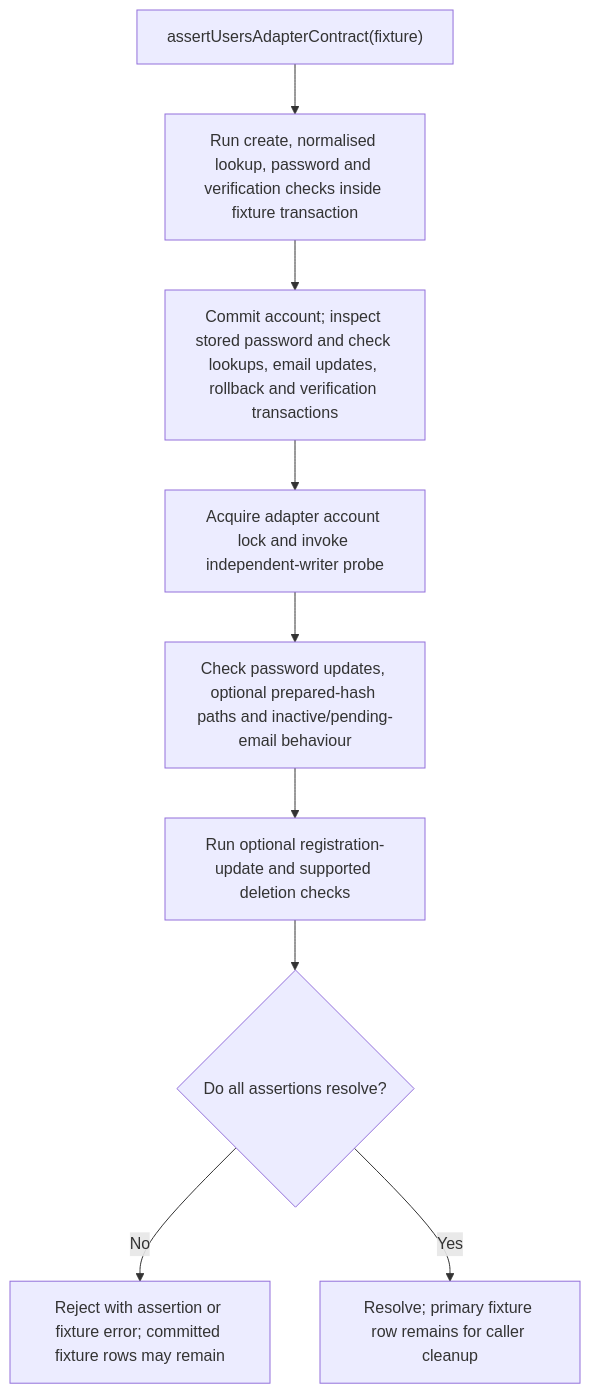
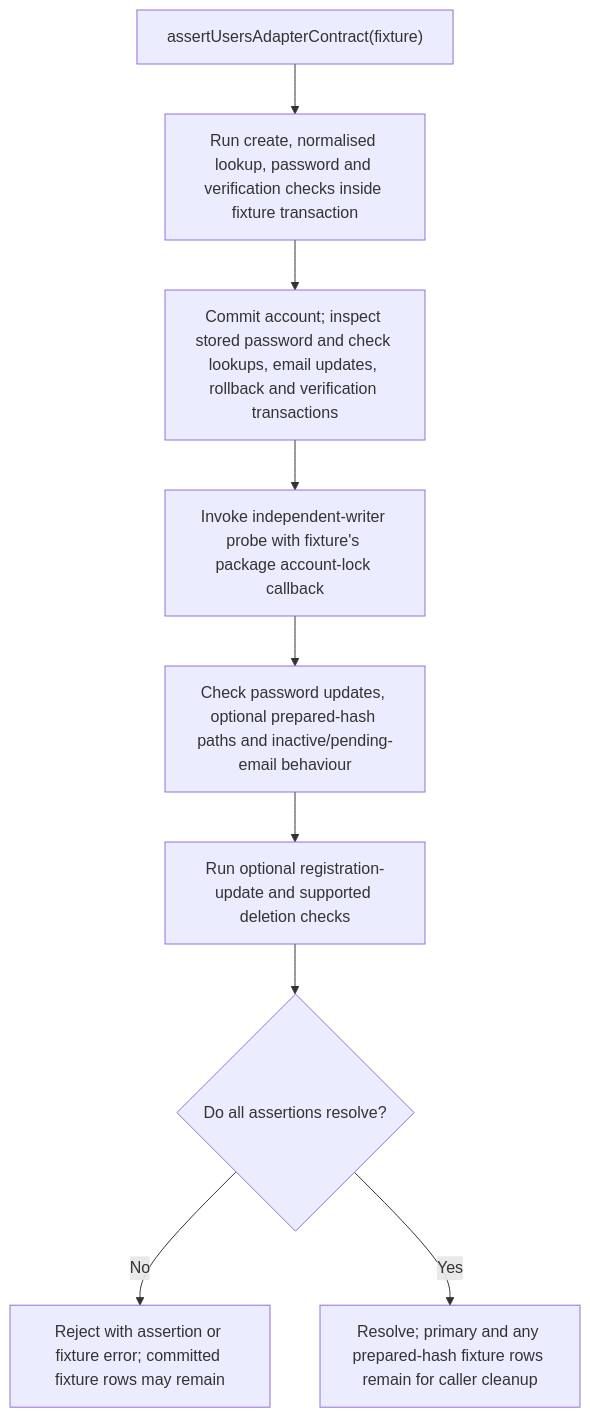
The second of 2 diagrams in user-stories/US-ACCOUNT-54-check-custom-adapter-contract.md (Kevinjohn/oss-adonisjs-account-kit), drawn with Mermaid before and after one commit. The commit also changed other lines of this file and 42 other files, not shown here.

````diff
--- a/user-stories/US-ACCOUNT-54-check-custom-adapter-contract.md
+++ b/user-stories/US-ACCOUNT-54-check-custom-adapter-contract.md
@@ -34,11 +34,11 @@
 ```mermaid
 flowchart TD
  A["assertUsersAdapterContract(fixture)"] --> B["Run create, normalised lookup, password and verification checks inside fixture transaction"]
  B --> C["Commit account; inspect stored password and check lookups, email updates, rollback and verification transactions"]
- C --> D["Acquire adapter account lock and invoke independent-writer probe"]
+ C --> D["Invoke independent-writer probe with fixture's package account-lock callback"]
  D --> E["Check password updates, optional prepared-hash paths and inactive/pending-email behaviour"]
  E --> F["Run optional registration-update and supported deletion checks"]
  F --> G{"Do all assertions resolve?"}
  G -->|No| H["Reject with assertion or fixture error; committed fixture rows may remain"]
- G -->|Yes| I["Resolve; primary fixture row remains for caller cleanup"]
+ G -->|Yes| I["Resolve; primary and any prepared-hash fixture rows remain for caller cleanup"]
 ```
````
